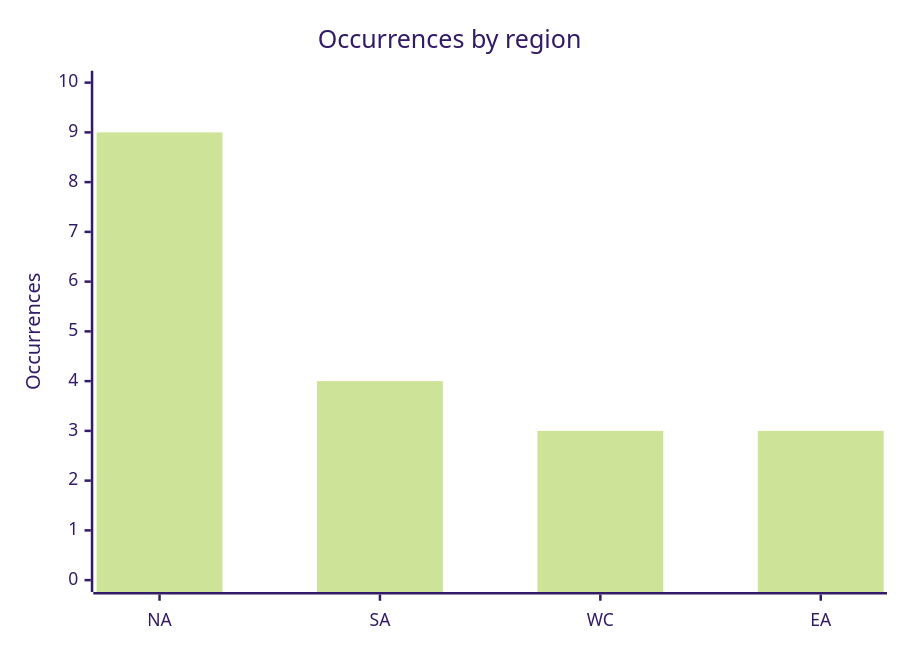
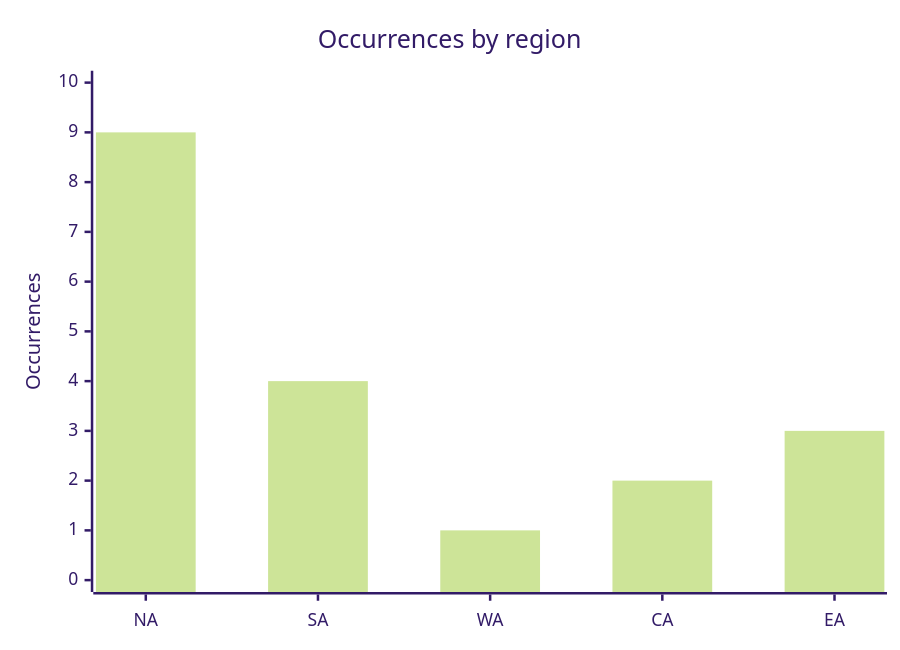
One commit to Hatchepsoute/AFRINTEL changed the fifth of 6 diagrams in CyberAttackAfrica/2025/10-october/README.md. Above: the diagram before and after it, drawn with Mermaid (forest theme). The commit also changed other lines of this file and 109 other files, not shown here.

````diff
--- a/CyberAttackAfrica/2025/10-october/README.md
+++ b/CyberAttackAfrica/2025/10-october/README.md
@@ -218,7 +219,7 @@
 ```mermaid
 xychart
     title "Occurrences by region"
-    x-axis ["NA","SA","WC","EA"]
+    x-axis ["NA","SA","WA","CA","EA"]
     y-axis "Occurrences" 0 --> 10
-    bar [9,4,3,3]
+    bar [9,4,1,2,3]
 ```
````
